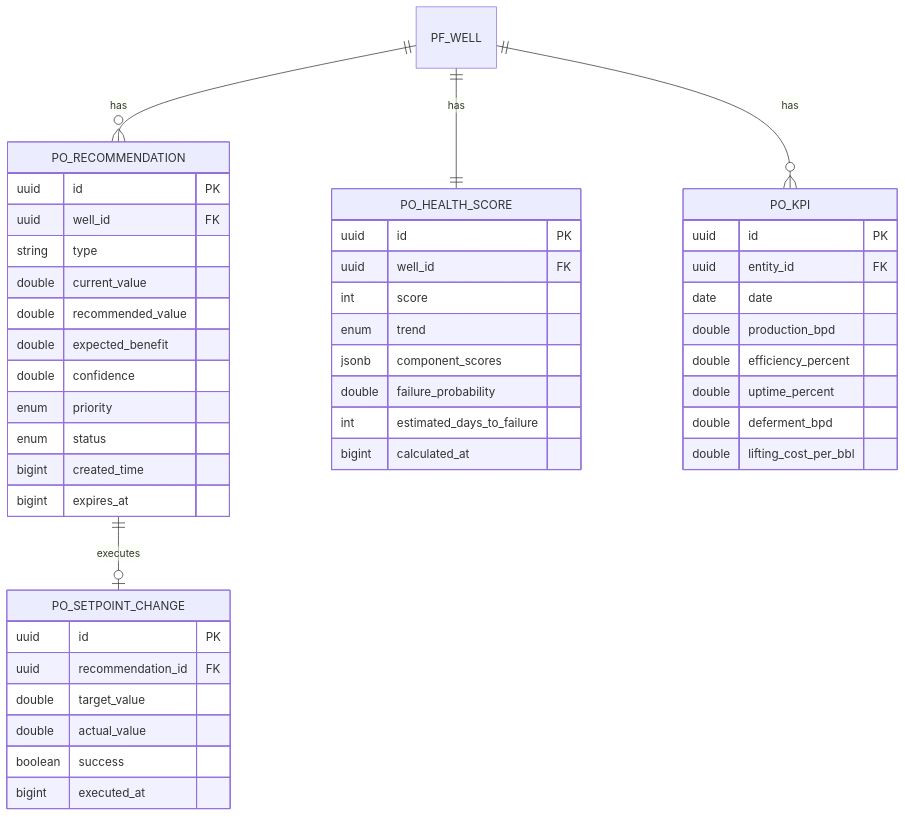
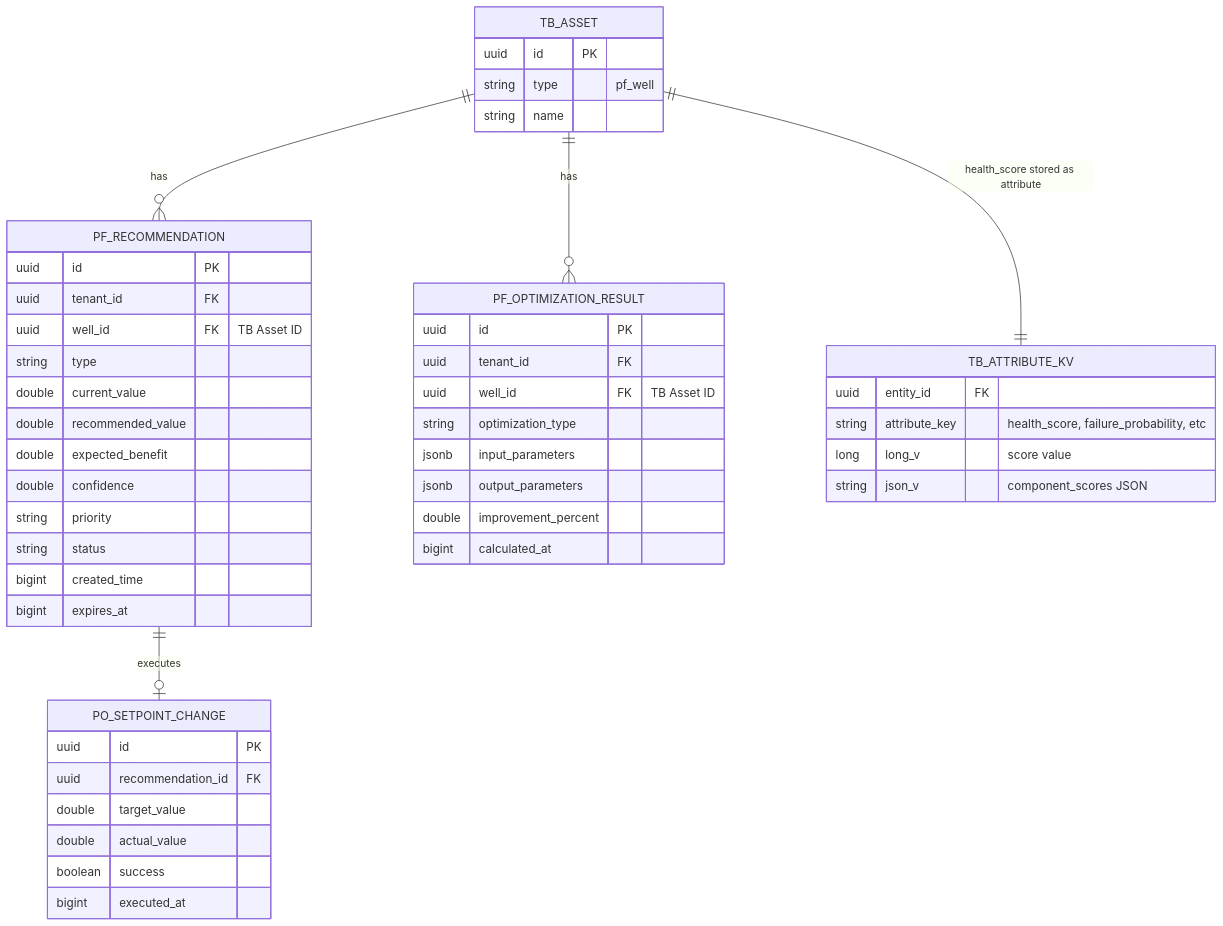
The seventh of 23 diagrams in dev/op/DIAGRAMS.md (diazhh/nexus), drawn with Mermaid before and after one commit. The commit also changed other lines of this file and 109 other files, not shown here.

````diff
--- a/dev/op/DIAGRAMS.md
+++ b/dev/op/DIAGRAMS.md
@@ -219,52 +392,55 @@
 ```mermaid
 erDiagram
-    PF_WELL ||--o{ PO_RECOMMENDATION : "has"
-    PF_WELL ||--|| PO_HEALTH_SCORE : "has"
-    PF_WELL ||--o{ PO_KPI : "has"
-    PO_RECOMMENDATION ||--o| PO_SETPOINT_CHANGE : "executes"
-    
-    PO_RECOMMENDATION {
+    TB_ASSET ||--o{ PF_RECOMMENDATION : "has"
+    TB_ASSET ||--o{ PF_OPTIMIZATION_RESULT : "has"
+    TB_ASSET ||--|| TB_ATTRIBUTE_KV : "health_score stored as attribute"
+    PF_RECOMMENDATION ||--o| PO_SETPOINT_CHANGE : "executes"
+
+    TB_ASSET {
         uuid id PK
-        uuid well_id FK
+        string type "pf_well"
+        string name
+    }
+
+    TB_ATTRIBUTE_KV {
+        uuid entity_id FK
+        string attribute_key "health_score, failure_probability, etc"
+        long long_v "score value"
+        string json_v "component_scores JSON"
+    }
+
+    PF_RECOMMENDATION {
+        uuid id PK
+        uuid tenant_id FK
+        uuid well_id FK "TB Asset ID"
         string type
         double current_value
         double recommended_value
         double expected_benefit
         double confidence
-        enum priority
-        enum status
+        string priority
+        string status
         bigint created_time
         bigint expires_at
     }
-    
-    PO_HEALTH_SCORE {
+
+    PF_OPTIMIZATION_RESULT {
         uuid id PK
-        uuid well_id FK
-        int score
-        enum trend
-        jsonb component_scores
-        double failure_probability
-        int estimated_days_to_failure
+        uuid tenant_id FK
+        uuid well_id FK "TB Asset ID"
+        string optimization_type
+        jsonb input_parameters
+        jsonb output_parameters
+        double improvement_percent
         bigint calculated_at
     }
-    
-    PO_KPI {
-        uuid id PK
-        uuid entity_id FK
-        date date
-        double production_bpd
-        double efficiency_percent
-        double uptime_percent
-        double deferment_bpd
-        double lifting_cost_per_bbl
-    }
-    
+
     PO_SETPOINT_CHANGE {
         uuid id PK
         uuid recommendation_id FK
         double target_value
         double actual_value
         boolean success
         bigint executed_at
     }
 ```
````
